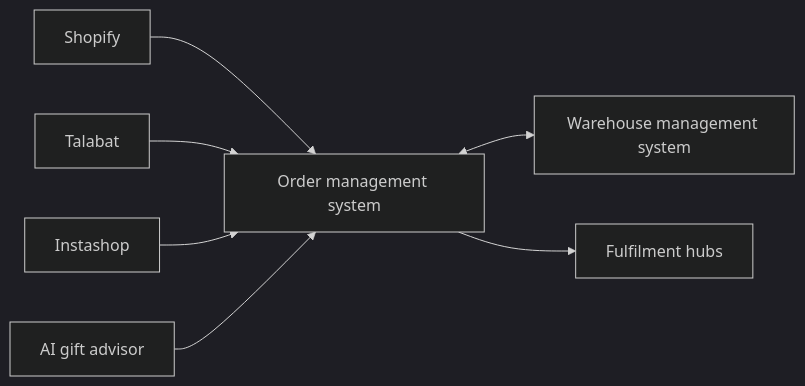
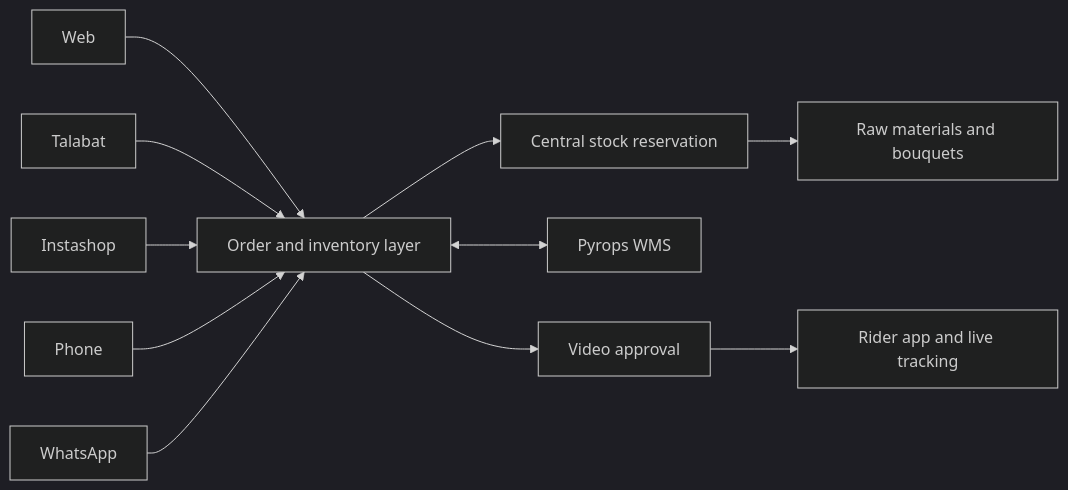
Before and after one commit to Newton-School/newtonschool-studio: the diagram in content/case-studies/zuvees.md, drawn with Mermaid (dark theme). The commit also changed other lines of this file and 3 other files, not shown here.

````diff
--- a/content/case-studies/zuvees.md
+++ b/content/case-studies/zuvees.md
@@ -50,9 +56,13 @@
 ```mermaid
 flowchart LR
-  Shopify[Shopify] --> OMS[Order management system]
-  Talabat[Talabat] --> OMS
-  Instashop[Instashop] --> OMS
-  OMS <--> WMS[Warehouse management system]
-  Advisor[AI gift advisor] --> OMS
-  OMS --> Hubs[Fulfilment hubs]
+  A[Web] --> F[Order and inventory layer]
+  B[Talabat] --> F
+  C[Instashop] --> F
+  D[Phone] --> F
+  E[WhatsApp] --> F
+  F --> G[Central stock reservation]
+  G --> H[Raw materials and bouquets]
+  F <--> I[Pyrops WMS]
+  F --> J[Video approval]
+  J --> K[Rider app and live tracking]
 ```
````
